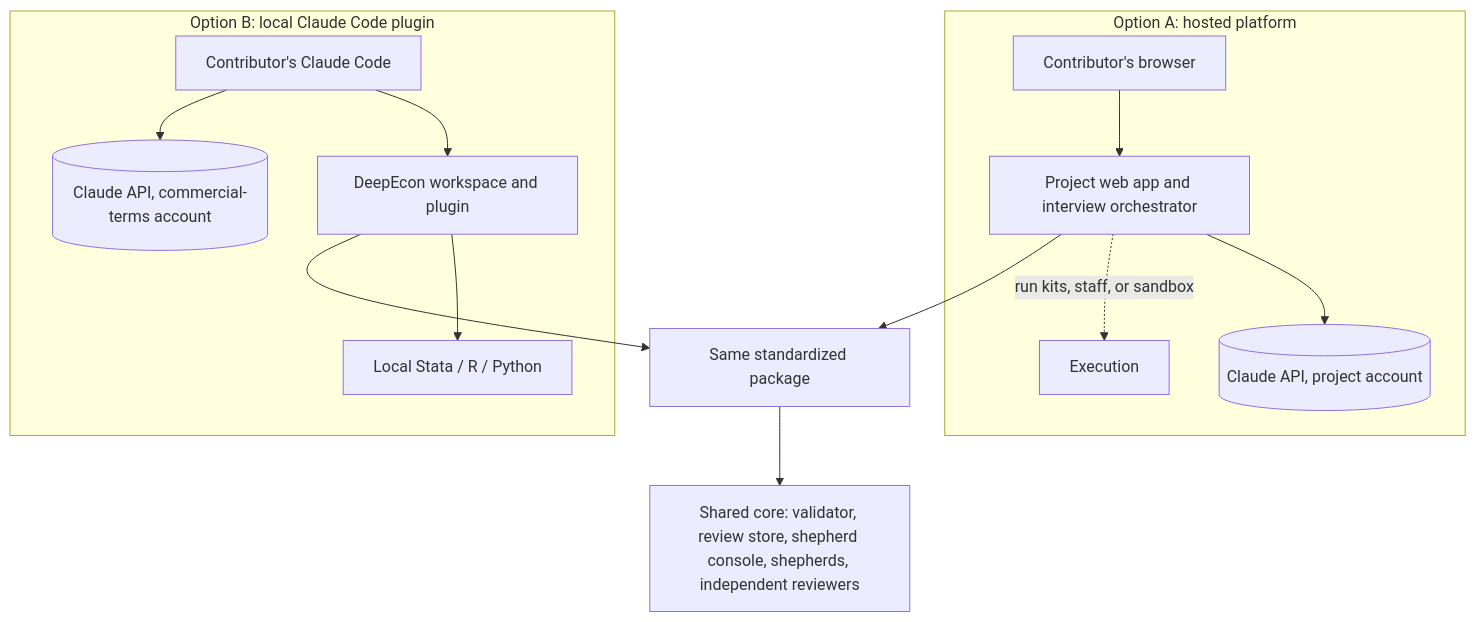
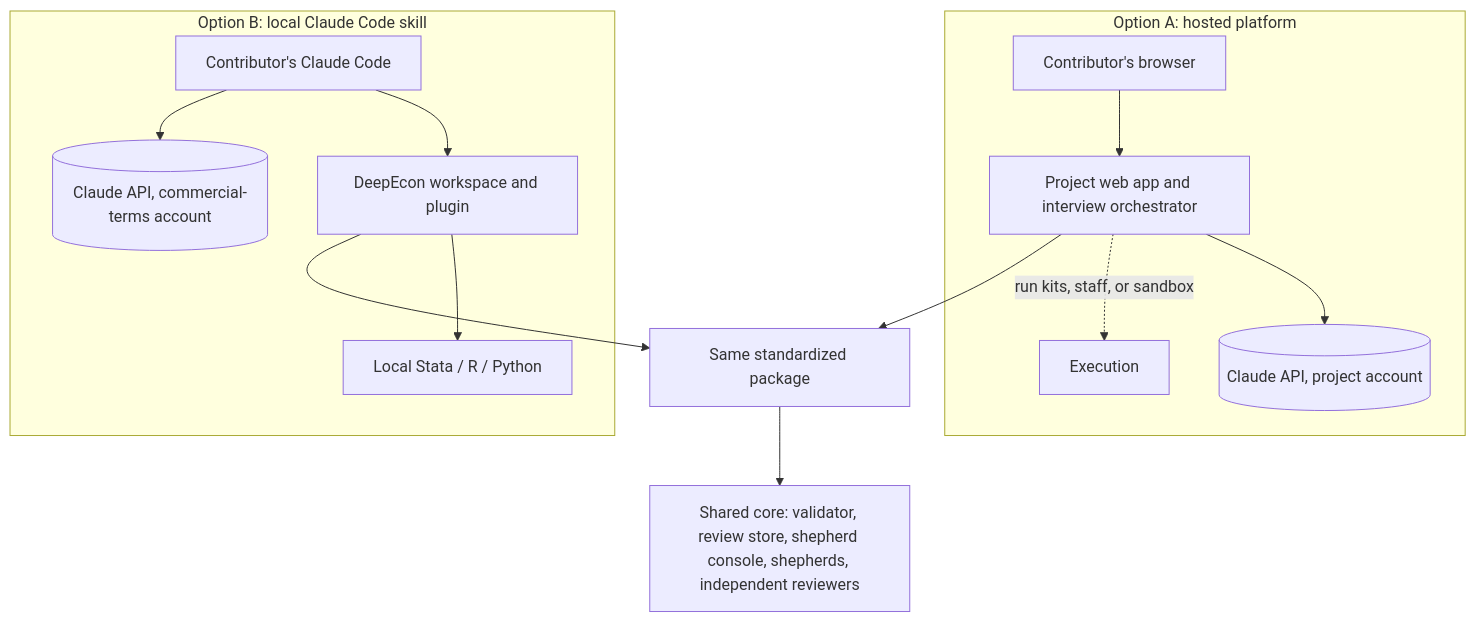
Before and after one commit to Sellyew/Deepecon-Contributtor-Guide-UI: the diagram in docs/architecture/architecture-decision-brief.md, drawn with Mermaid. The commit also changed other lines of this file and 20 other files, not shown here.

````diff
--- a/docs/architecture/architecture-decision-brief.md
+++ b/docs/architecture/architecture-decision-brief.md
@@ -48,16 +48,16 @@
 ```mermaid
 flowchart TB
   subgraph A["Option A: hosted platform"]
     A1[Contributor's browser] --> A2[Project web app and interview orchestrator]
     A2 --> A3[(Claude API, project account)]
     A2 -. run kits, staff, or sandbox .-> A4[Execution]
   end
-  subgraph B["Option B: local Claude Code plugin"]
+  subgraph B["Option B: local Claude Code skill"]
     B1[Contributor's Claude Code] --> B2[DeepEcon workspace and plugin]
     B1 --> B3[(Claude API, commercial-terms account)]
     B2 --> B4[Local Stata / R / Python]
   end
   A2 --> P[Same standardized package]
   B2 --> P
   P --> C[Shared core: validator, review store, shepherd console, shepherds, independent reviewers]
 ```
````
